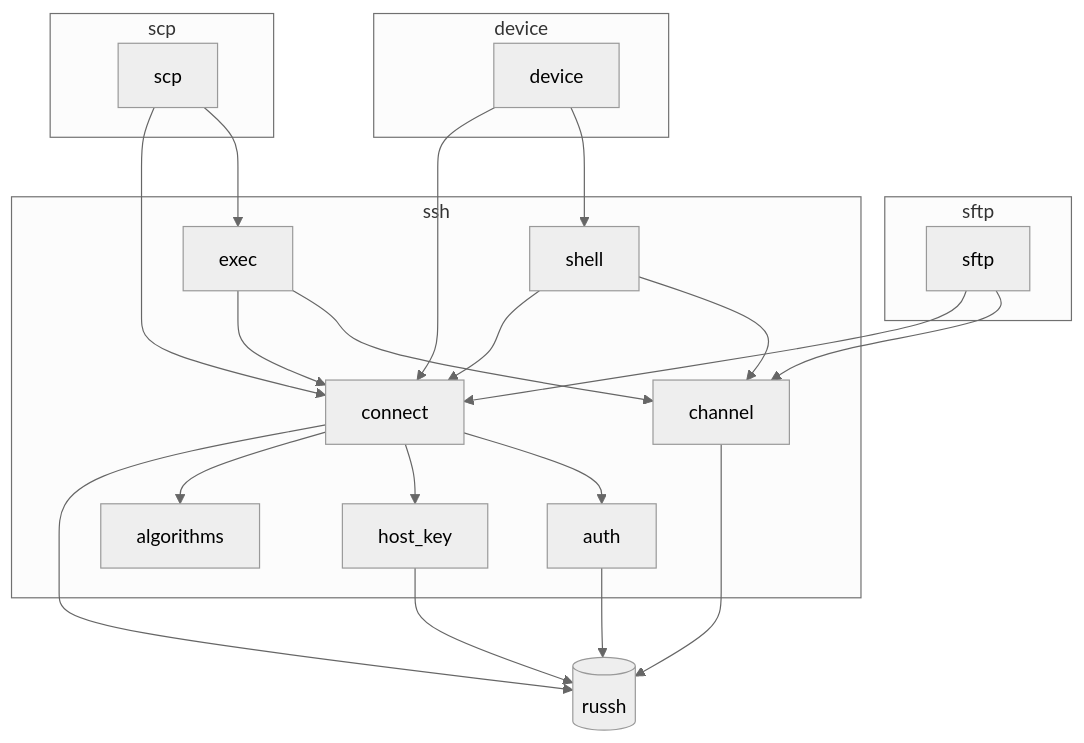
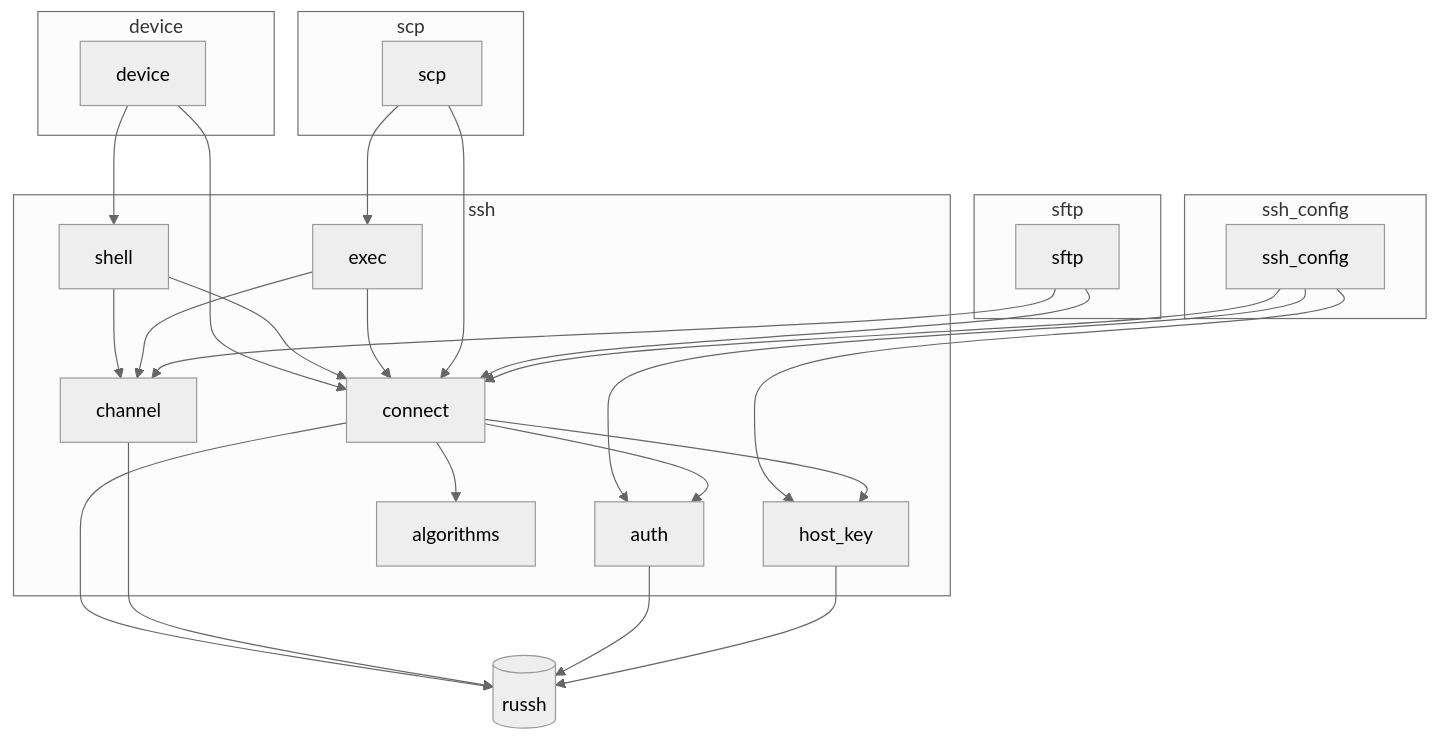
One commit to bwks/jato-lib changed the first of 2 diagrams in docs/architecture/README.md. Above: the diagram before and after it, drawn with Mermaid (neutral theme). The commit also changed other lines of this file and 26 other files, not shown here.

````diff
--- a/docs/architecture/README.md
+++ b/docs/architecture/README.md
@@ -111,38 +122,44 @@
 ```mermaid
 graph TD
     subgraph device_area[device]
         device[device]
+    end
+    subgraph config_area[ssh_config]
+        ssh_config[ssh_config]
     end
     subgraph scp_area[scp]
         scp[scp]
     end
     subgraph sftp_area[sftp]
         sftp[sftp]
     end
     subgraph ssh_area[ssh]
         shell[shell]
         exec[exec]
         channel[channel]
         connect[connect]
         auth[auth]
         host_key[host_key]
         algorithms[algorithms]
     end
     device --> shell
     device --> connect
     shell --> channel
     shell --> connect
     exec --> channel
     exec --> connect
     scp --> exec
     scp --> connect
     sftp --> channel
     sftp --> connect
+    ssh_config --> connect
+    ssh_config --> auth
+    ssh_config --> host_key
     connect --> auth
     connect --> host_key
     connect --> algorithms
     connect --> russh[(russh)]
     channel --> russh
     auth --> russh
     host_key --> russh
 ```
````
